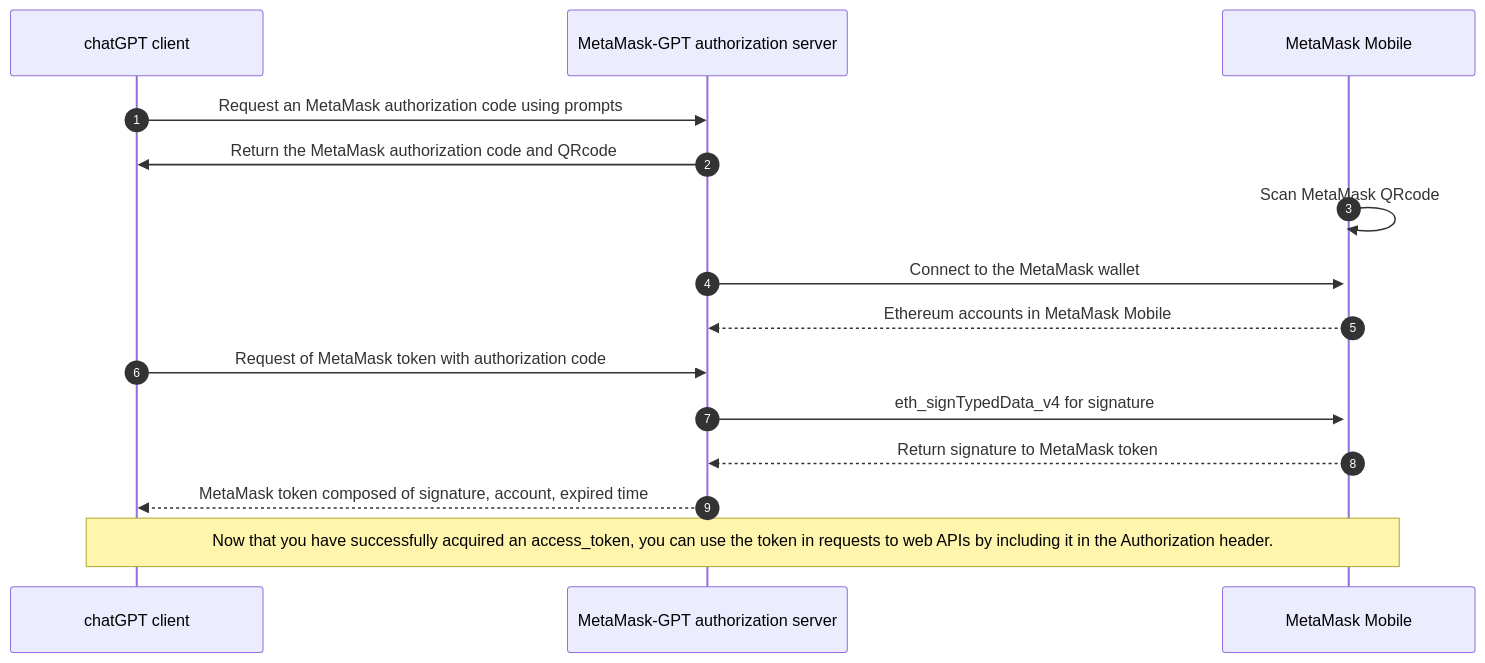
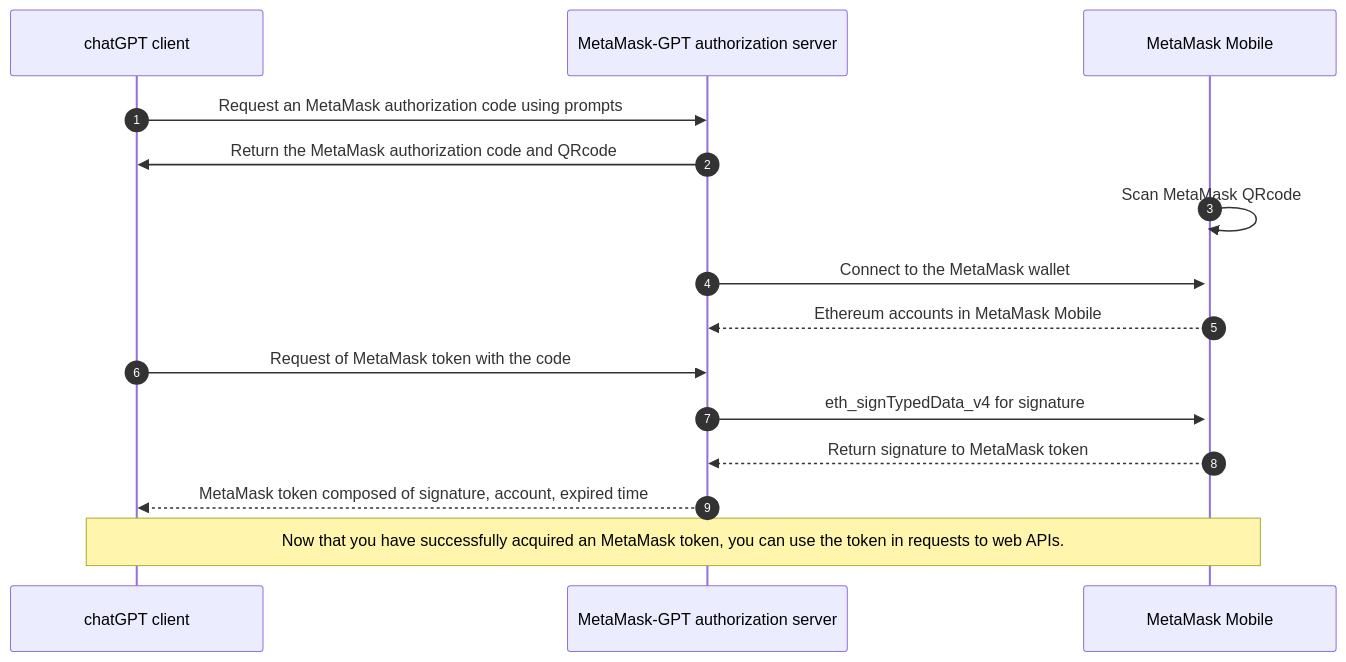
Before and after one commit to TheBestOrNothing/thebestornothing.github.io: the diagram in website/docs/metamaskGPT/connect.mdx, drawn with Mermaid. The commit also changed other lines of this file, not shown here.

````diff
--- a/website/docs/metamaskGPT/connect.mdx
+++ b/website/docs/metamaskGPT/connect.mdx
@@ -29,29 +29,29 @@
 ```mermaid
 %%{
   init: {
     'sequence': {
       'actorMargin': 100,
       'width': 250,
       'noteMargin': 15
     }
   }
 }%%
 
 sequenceDiagram
     autonumber
     participant chatGPTClient as chatGPT client
     participant MetaMask-GPTAuthServer as MetaMask-GPT authorization server
     participant MetaMaskMobile as MetaMask Mobile
 
     chatGPTClient->>MetaMask-GPTAuthServer: Request an MetaMask authorization code using prompts
     MetaMask-GPTAuthServer->>chatGPTClient: Return the MetaMask authorization code and QRcode
     MetaMaskMobile->>MetaMaskMobile: Scan MetaMask QRcode 
     MetaMask-GPTAuthServer->>+MetaMaskMobile: Connect to the MetaMask wallet
     MetaMaskMobile-->>MetaMask-GPTAuthServer: Ethereum accounts in MetaMask Mobile
-    chatGPTClient->>MetaMask-GPTAuthServer: Request of MetaMask token with authorization code
+    chatGPTClient->>MetaMask-GPTAuthServer: Request of MetaMask token with the code
     MetaMask-GPTAuthServer->>MetaMaskMobile: eth_signTypedData_v4 for signature 
     MetaMaskMobile-->>MetaMask-GPTAuthServer: Return signature to MetaMask token
     MetaMask-GPTAuthServer-->>chatGPTClient: MetaMask token composed of signature, account, expired time 
-    note over chatGPTClient, MetaMaskMobile: Now that you have successfully acquired an access_token, you can use the token in requests to web APIs by including it in the Authorization header.
+    note over chatGPTClient, MetaMaskMobile: Now that you have successfully acquired an MetaMask token, you can use the token in requests to web APIs.
 
 ```
````
